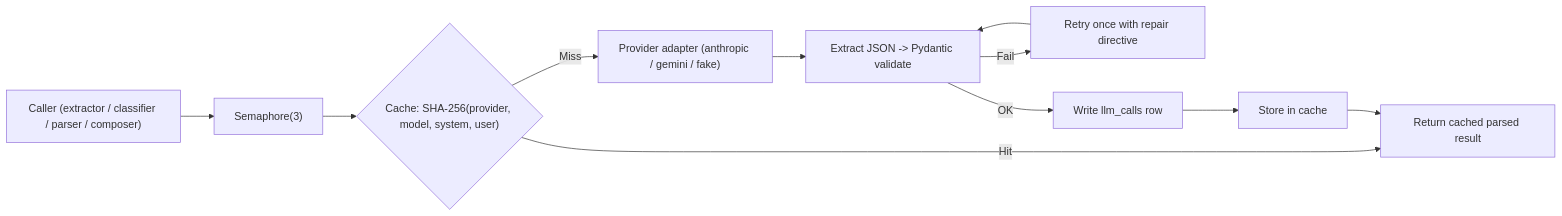
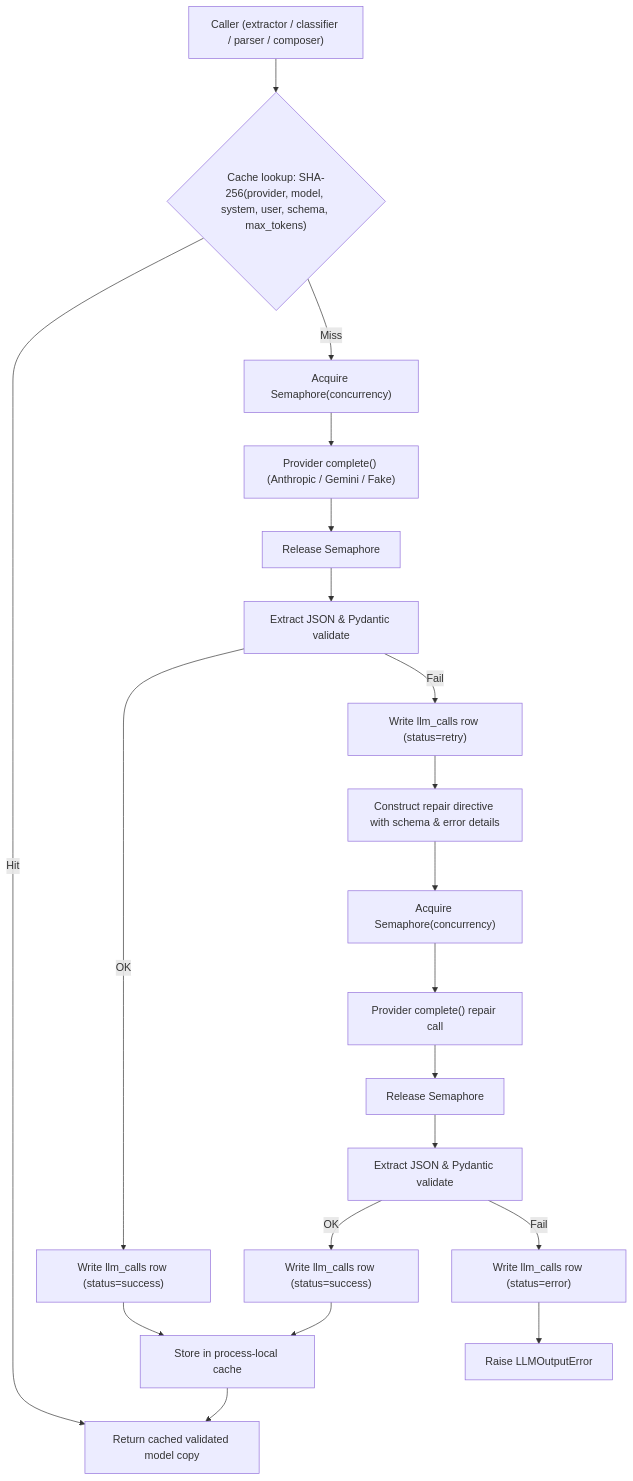
The fifth of 5 diagrams in docs/ARCHITECTURE.md (Pushkar-spec/MemoryMesh-SNH), drawn with Mermaid before and after one commit. The commit also changed other lines of this file and 7 other files, not shown here.

Commit message:
feat : add centralized JSON LLM client

````diff
--- a/docs/ARCHITECTURE.md
+++ b/docs/ARCHITECTURE.md
@@ -178,13 +178,22 @@
 ```mermaid
-flowchart LR
-    Task["Caller (extractor / classifier / parser / composer)"] --> Sem["Semaphore(3)"]
-    Sem --> Cache{"Cache: SHA-256(provider, model, system, user)"}
-    Cache -- Hit --> Ret["Return cached parsed result"]
-    Cache -- Miss --> Prov["Provider adapter (anthropic / gemini / fake)"]
-    Prov --> Parse["Extract JSON -> Pydantic validate"]
-    Parse -- Fail --> Retry["Retry once with repair directive"]
-    Retry --> Parse
-    Parse -- OK --> Log["Write llm_calls row"]
-    Log --> Store["Store in cache"]
+flowchart TD
+    Task["Caller (extractor / classifier / parser / composer)"] --> Cache{"Cache lookup: SHA-256(provider, model, system, user, schema, max_tokens)"}
+    Cache -- Hit --> Ret["Return cached validated model copy"]
+    Cache -- Miss --> Sem["Acquire Semaphore(concurrency)"]
+    Sem --> Prov["Provider complete() (Anthropic / Gemini / Fake)"]
+    Prov --> Release["Release Semaphore"]
+    Release --> Parse["Extract JSON & Pydantic validate"]
+    Parse -- OK --> LogSuccess["Write llm_calls row (status=success)"]
+    LogSuccess --> Store["Store in process-local cache"]
     Store --> Ret
+    Parse -- Fail --> LogRetry["Write llm_calls row (status=retry)"]
+    LogRetry --> Repair["Construct repair directive with schema & error details"]
+    Repair --> SemRetry["Acquire Semaphore(concurrency)"]
+    SemRetry --> ProvRetry["Provider complete() repair call"]
+    ProvRetry --> ReleaseRetry["Release Semaphore"]
+    ReleaseRetry --> ParseRetry["Extract JSON & Pydantic validate"]
+    ParseRetry -- OK --> LogSuccessRetry["Write llm_calls row (status=success)"]
+    LogSuccessRetry --> Store
+    ParseRetry -- Fail --> LogError["Write llm_calls row (status=error)"]
+    LogError --> RaiseError["Raise LLMOutputError"]
 ```
````
